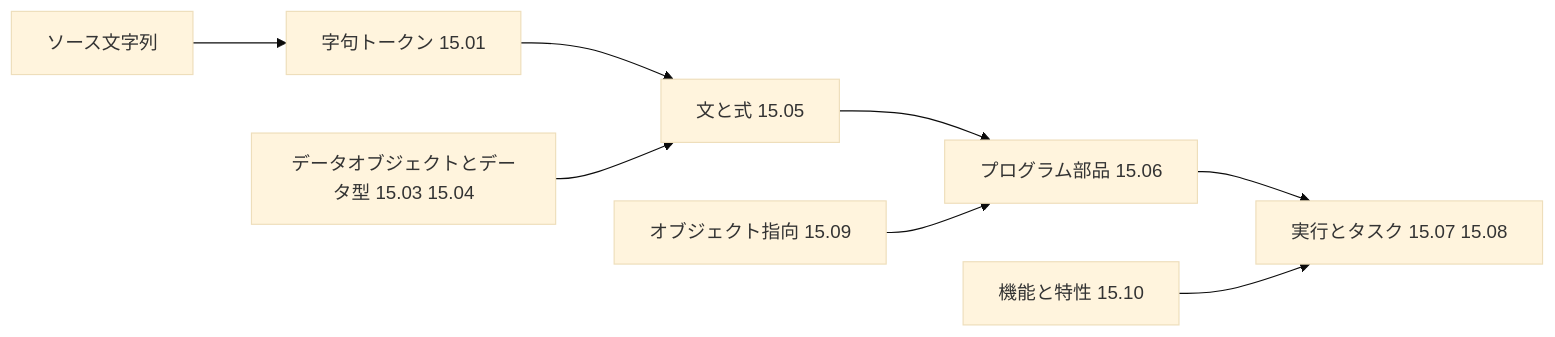
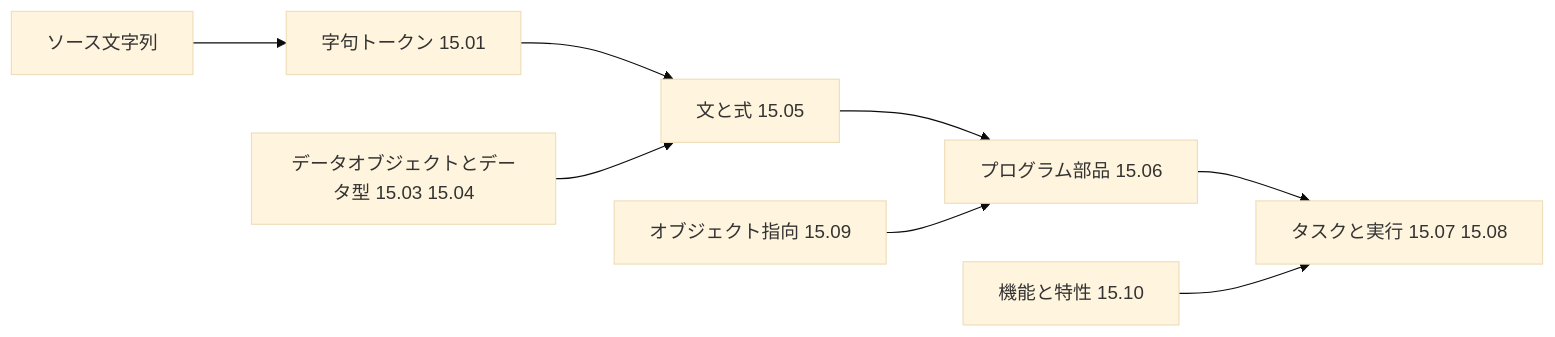
The fourth of 14 diagrams in Iso-iec-2382-15-guide.md (myoshi2891/Quality-Assurance-Studies), drawn with Mermaid (base theme) before and after one commit.

Commit message:
docs(iso-iec-2382-15): フローチャートのノード表記をタスクと実行に修正

````diff
--- a/Iso-iec-2382-15-guide.md
+++ b/Iso-iec-2382-15-guide.md
@@ -242,10 +242,10 @@
 ```mermaid
 flowchart LR
     M1["ソース文字列"] --> M2["字句トークン 15.01"]
     M2 --> M3["文と式 15.05"]
     M3 --> M4["プログラム部品 15.06"]
-    M4 --> M5["実行とタスク 15.07 15.08"]
+    M4 --> M5["タスクと実行 15.07 15.08"]
     M6["データオブジェクトとデータ型 15.03 15.04"] --> M3
     M7["オブジェクト指向 15.09"] --> M4
     M8["機能と特性 15.10"] --> M5
 ```
````
